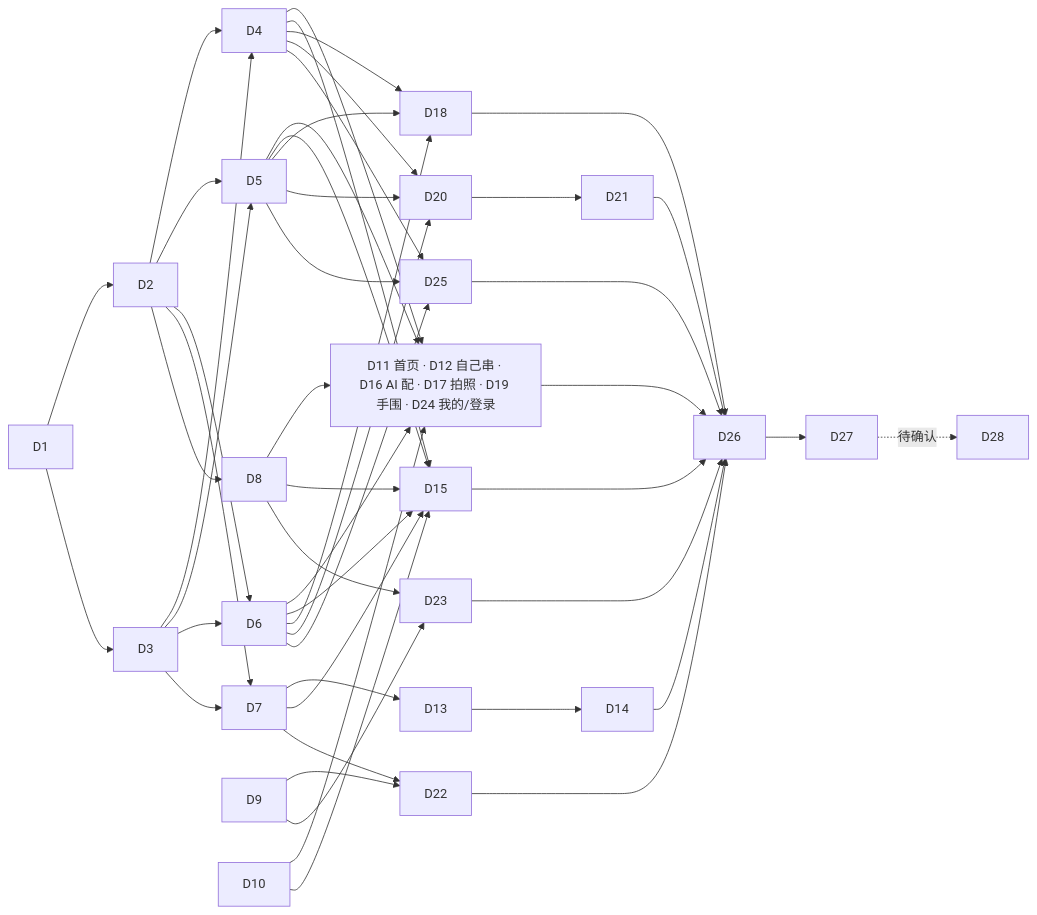
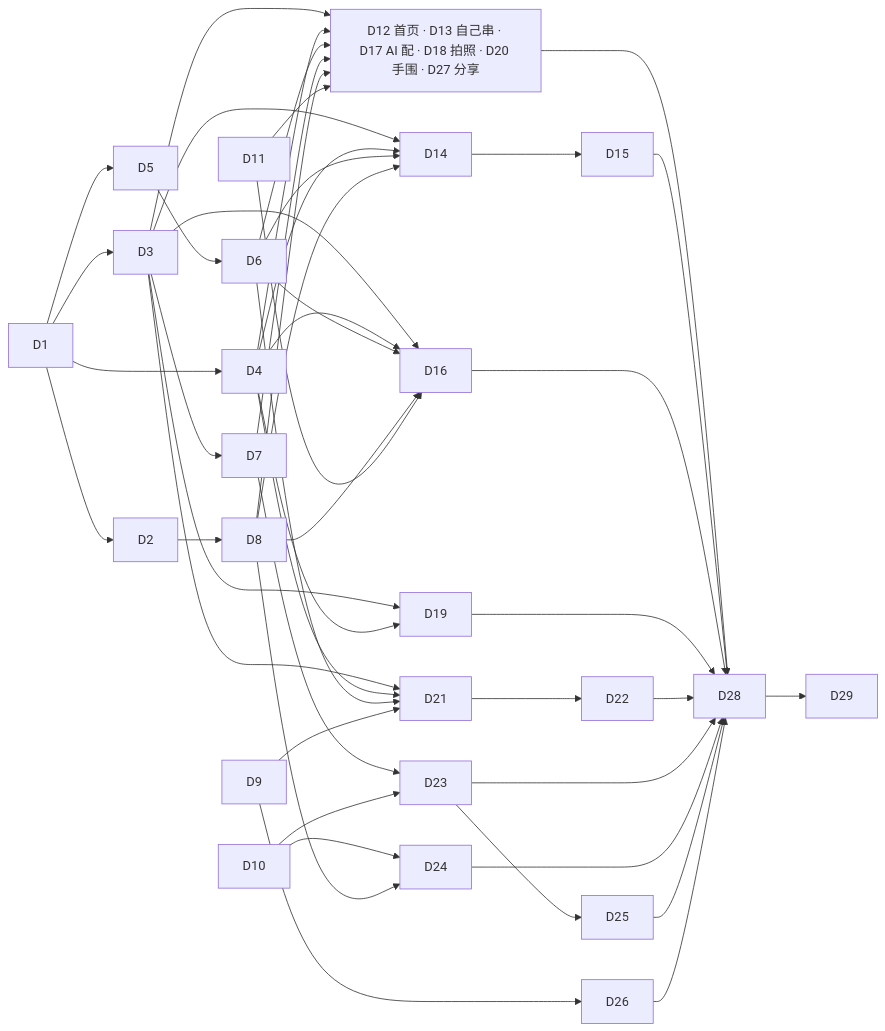
Before and after one commit to gachiqachi-netizen/-: the diagram in docs/design/05-dev-tasks.md, drawn with Mermaid. The commit also changed other lines of this file and 5 other files, not shown here.

````diff
--- a/docs/design/05-dev-tasks.md
+++ b/docs/design/05-dev-tasks.md
@@ -26,19 +33,20 @@
 ```mermaid
 flowchart LR
-  D1 --> D2 & D3
-  D3 --> D4 & D5 & D6 & D7
-  D2 --> D4 & D5 & D6 & D7 & D8
+  D1 --> D2 & D3 & D4 & D5
+  D5 --> D6
+  D3 --> D7
+  D2 --> D8
   D9
   D10
-  D4 & D5 & D6 & D8 & D10 --> P1["D11 首页 · D12 自己串 · D16 AI 配 · D17 拍照 · D19 手围 · D24 我的/登录"]
-  D7 --> D13 --> D14
-  D7 --> D15
-  D4 & D5 & D6 & D8 & D10 --> D15
-  D4 & D5 & D6 --> D18 & D20 & D25
-  D20 --> D21
-  D7 & D9 --> D22
-  D9 --> D23
-  D8 --> D23
-  P1 & D14 & D15 & D18 & D21 & D22 & D23 & D25 --> D26 --> D27
-  D27 -.待确认.-> D28
+  D11
+  D3 & D4 & D6 & D7 & D8 & D11 --> P1["D12 首页 · D13 自己串 · D17 AI 配 · D18 拍照 · D20 手围 · D27 分享"]
+  D3 & D4 & D6 & D8 --> D14 --> D15
+  D3 & D4 & D6 & D8 & D11 --> D16
+  D3 & D4 --> D19
+  D3 & D4 & D6 & D9 --> D21 --> D22
+  D7 & D10 --> D23
+  D10 & D8 --> D24
+  D23 --> D25
+  D9 --> D26
+  P1 & D15 & D16 & D19 & D22 & D23 & D24 & D25 & D26 --> D28 --> D29
 ```
````
